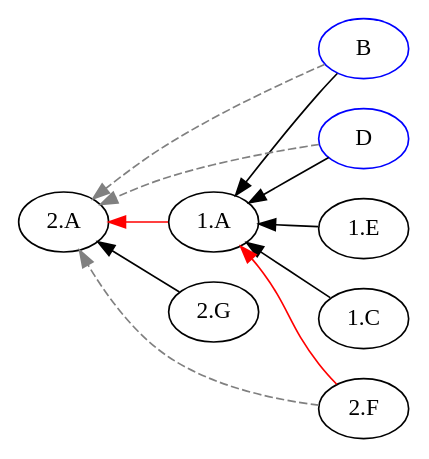
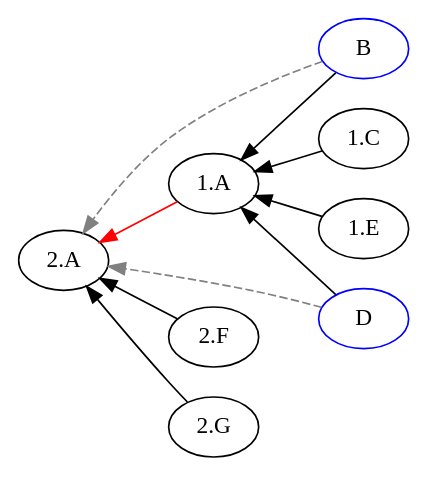
The diagram in example/output/abstract4/abstract4_pw_3.dot (EulerProject/EulerX), drawn with Graphviz before and after one commit. The commit also changed 10 other files, not shown here.

```diff
--- a/example/output/abstract4/abstract4_pw_3.dot
+++ b/example/output/abstract4/abstract4_pw_3.dot
@@ -1,19 +1,18 @@
 digraph {
 
 rankdir = RL
 
 "B" [color=blue];
 "D" [color=blue];
 "B" [color=blue];
 "D" [color=blue];
 "1.C" -> "1.A" [style=filled, color=black];
 "1.E" -> "1.A" [style=filled, color=black];
+"2.F" -> "2.A" [style=filled, color=black];
 "2.G" -> "2.A" [style=filled, color=black];
-"2.F" -> "1.A" [style=filled, color=red];
 "1.A" -> "2.A" [style=filled, color=red];
 "B" -> "1.A" [style=filled, color=black];
 "D" -> "1.A" [style=filled, color=black];
-"2.F" -> "2.A" [style=dashed, color=grey];
 "B" -> "2.A" [style=dashed, color=grey];
 "D" -> "2.A" [style=dashed, color=grey];
 }
```
